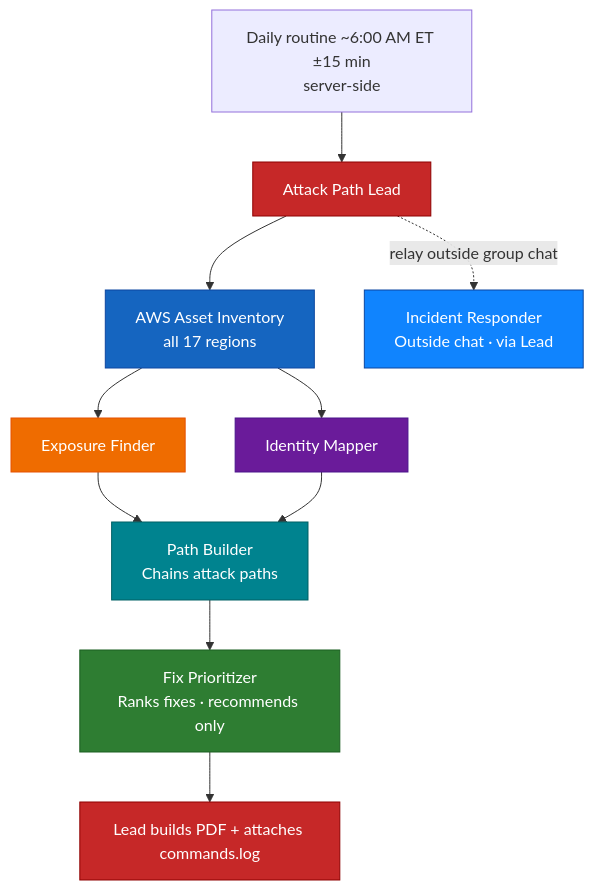
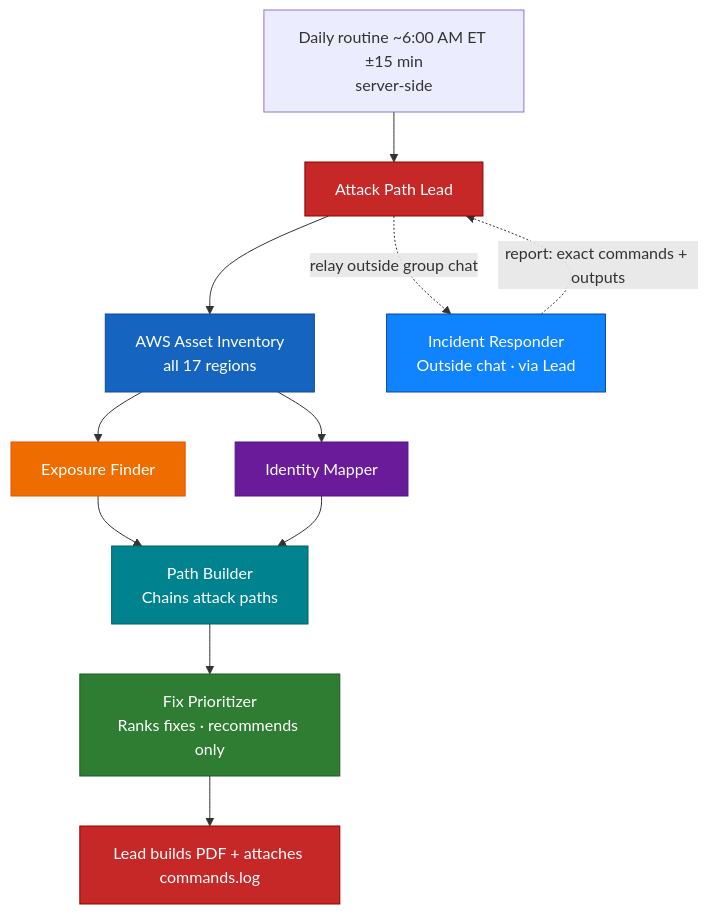
The diagram in docs/architecture.mmd (ritvikindupuri/grok-bot-aws-attack-path-team), drawn with Mermaid before and after one commit. The commit also changed 1 other file, not shown here.

```diff
--- a/docs/architecture.mmd
+++ b/docs/architecture.mmd
@@ -1,25 +1,26 @@
 flowchart TD
   R["Daily routine ~6:00 AM ET ±15 min<br/>server-side"] --> L["Attack Path Lead"]
   L --> I["AWS Asset Inventory<br/>all 17 regions"]
   I --> E["Exposure Finder"]
   I --> M["Identity Mapper"]
   E --> P["Path Builder<br/>Chains attack paths"]
   M --> P
   P --> F["Fix Prioritizer<br/>Ranks fixes · recommends only"]
   F --> PDF["Lead builds PDF + attaches commands.log"]
   L -.->|relay outside group chat| IR["Incident Responder<br/>Outside chat · via Lead"]
+  IR -.->|report: exact commands + outputs| L
 
   classDef lead fill:#C62828,color:#fff,stroke:#8E0000
   classDef inv fill:#1565C0,color:#fff,stroke:#0D47A1
   classDef exp fill:#EF6C00,color:#fff,stroke:#E65100
   classDef idm fill:#6A1B9A,color:#fff,stroke:#4A148C
   classDef path fill:#00838F,color:#fff,stroke:#006064
   classDef fix fill:#2E7D32,color:#fff,stroke:#1B5E20
   classDef ir fill:#1084FE,color:#fff,stroke:#0D47A1
   class L,PDF lead
   class I inv
   class E exp
   class M idm
   class P path
   class F fix
   class IR ir
```
